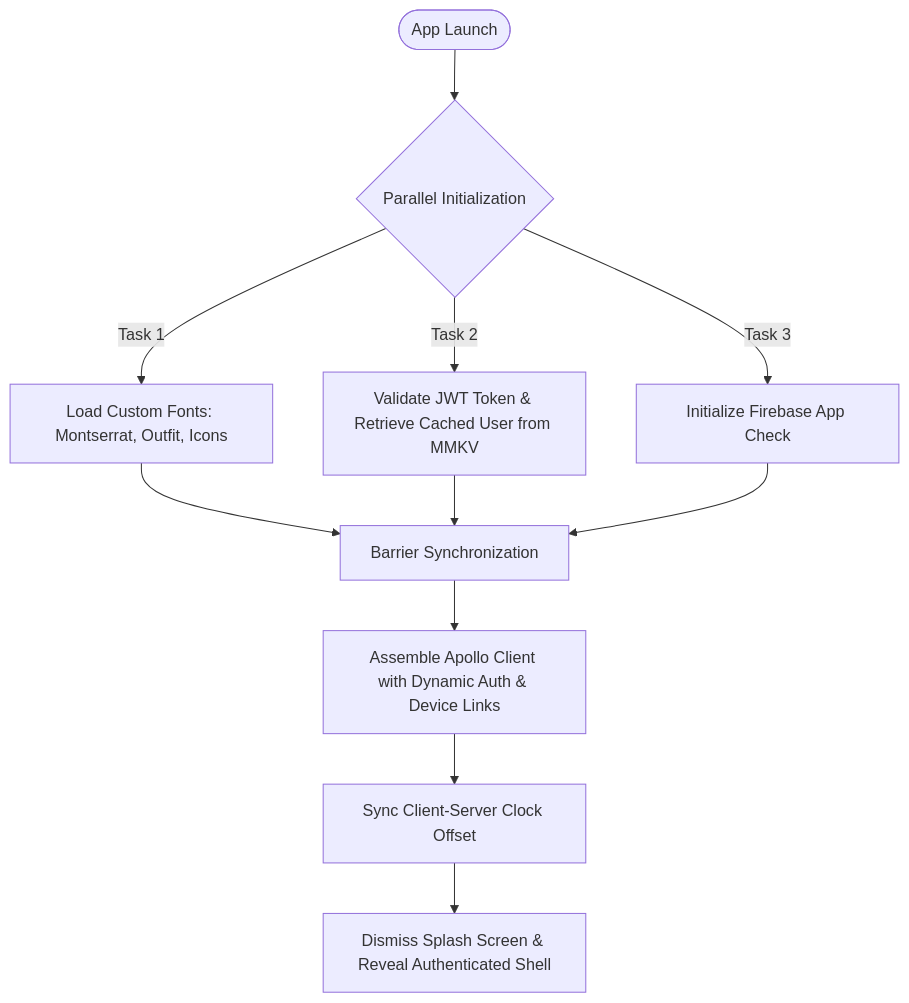
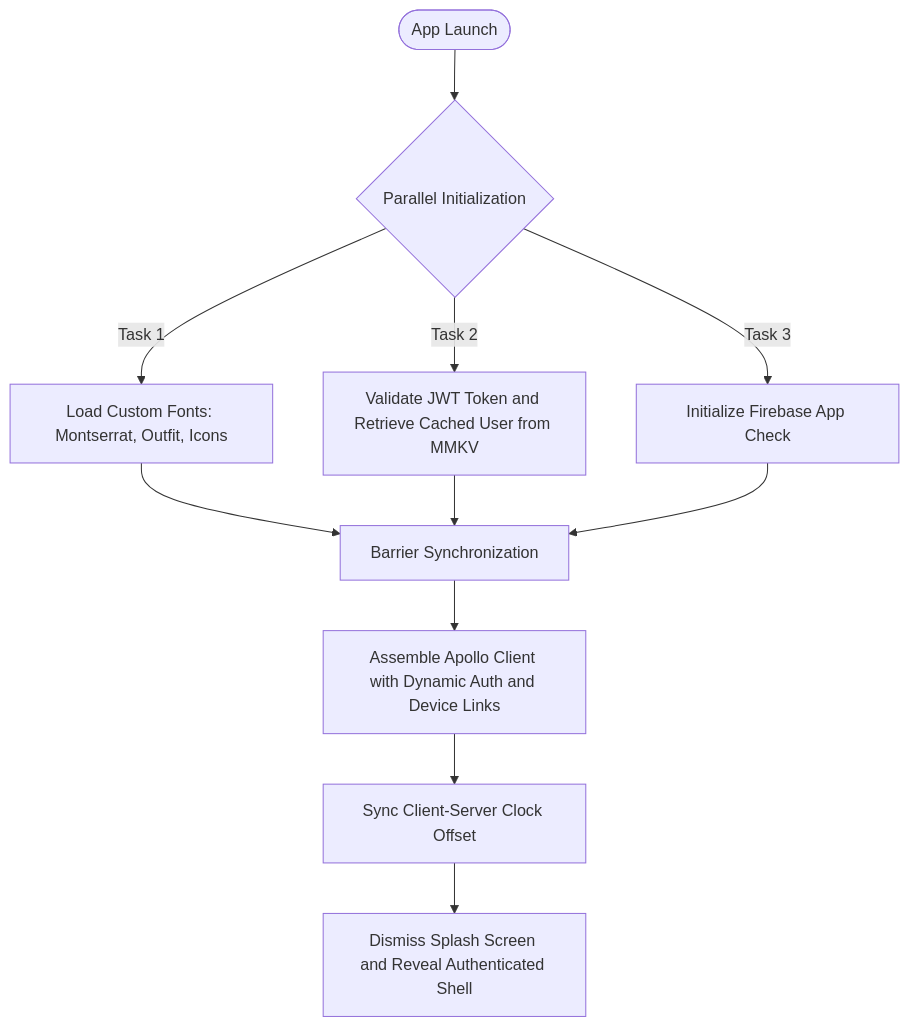
One commit to Pramith-S/Test changed the third of 4 diagrams in MATIKS_CLIENT_EXPLANATION_REPORT.md. Above: the diagram before and after it, drawn with Mermaid. The commit also changed other lines of this file, not shown here.

````diff
--- a/MATIKS_CLIENT_EXPLANATION_REPORT.md
+++ b/MATIKS_CLIENT_EXPLANATION_REPORT.md
@@ -284,15 +284,15 @@
 ```mermaid
 flowchart TD
-    Start([App Launch]) --> Parallel{Parallel Initialization}
-    Parallel -->|Task 1| Fonts[Load Custom Fonts: Montserrat, Outfit, Icons]
-    Parallel -->|Task 2| JWT[Validate JWT Token & Retrieve Cached User from MMKV]
-    Parallel -->|Task 3| AppCheck[Initialize Firebase App Check]
+    Start(["App Launch"]) --> Parallel{"Parallel Initialization"}
+    Parallel -->|Task 1| Fonts["Load Custom Fonts: Montserrat, Outfit, Icons"]
+    Parallel -->|Task 2| JWT["Validate JWT Token and Retrieve Cached User from MMKV"]
+    Parallel -->|Task 3| AppCheck["Initialize Firebase App Check"]
     
-    Fonts --> Sync[Barrier Synchronization]
+    Fonts --> Sync["Barrier Synchronization"]
     JWT --> Sync
     AppCheck --> Sync
     
-    Sync --> Apollo[Assemble Apollo Client with Dynamic Auth & Device Links]
-    Apollo --> TimeSync[Sync Client-Server Clock Offset]
-    TimeSync --> HideSplash[Dismiss Splash Screen & Reveal Authenticated Shell]
+    Sync --> Apollo["Assemble Apollo Client with Dynamic Auth and Device Links"]
+    Apollo --> TimeSync["Sync Client-Server Clock Offset"]
+    TimeSync --> HideSplash["Dismiss Splash Screen and Reveal Authenticated Shell"]
 ```
````
